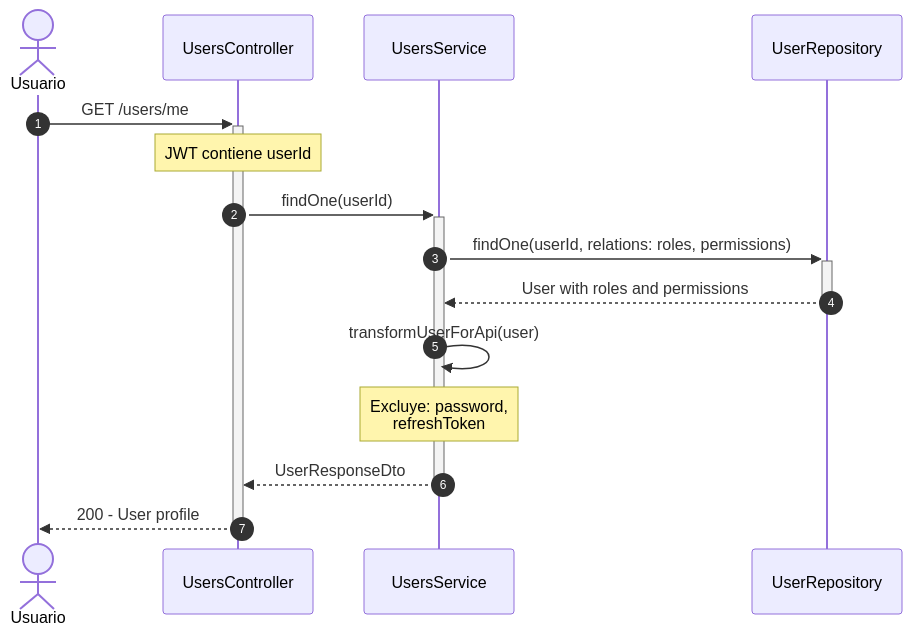
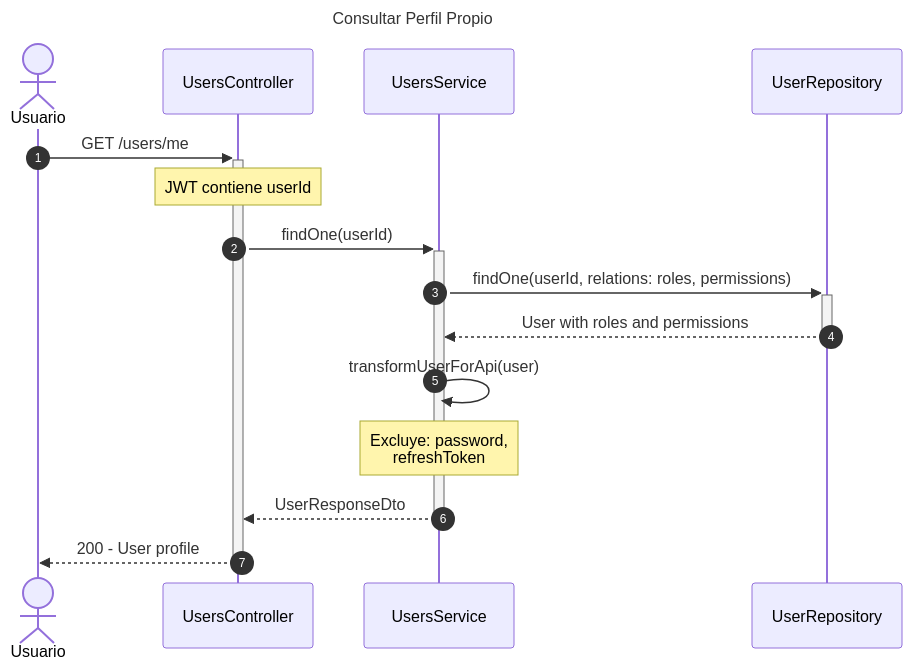
One commit to Nick220505/hotelier-backend changed the sixth of 7 diagrams in diagrams/sequence/users-sequence-diagram.md. Above: the diagram before and after it, drawn with Mermaid. The commit also changed other lines of this file and 5 other files, not shown here.

Commit message:
Add titles to sequence diagrams for Billing, Employees, Inventory, Reservations, Restaurant, and Users modules

````diff
--- a/diagrams/sequence/users-sequence-diagram.md
+++ b/diagrams/sequence/users-sequence-diagram.md
@@ -226,21 +241,24 @@
 ```mermaid
+---
+title: Consultar Perfil Propio
+---
 sequenceDiagram
     autonumber
     actor Usuario
     participant Controller as UsersController
     participant Service as UsersService
     participant UserRepo as UserRepository
 
     Usuario->>+Controller: GET /users/me
     Note over Controller: JWT contiene userId
     Controller->>+Service: findOne(userId)
     
     Service->>+UserRepo: findOne(userId, relations: roles, permissions)
     UserRepo-->>-Service: User with roles and permissions
     
     Service->>Service: transformUserForApi(user)
     Note over Service: Excluye: password,<br/>refreshToken
     
     Service-->>-Controller: UserResponseDto
     Controller-->>-Usuario: 200 - User profile
 ```
````
